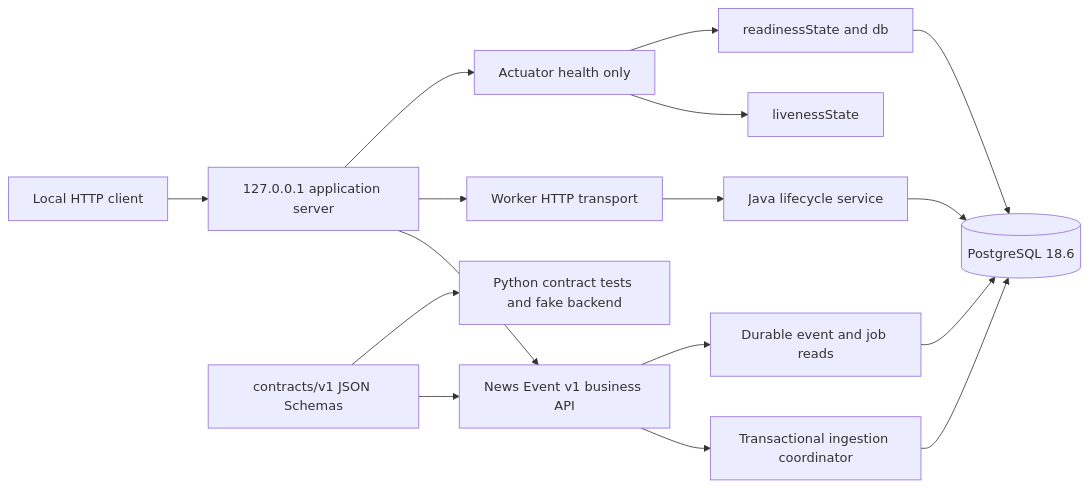
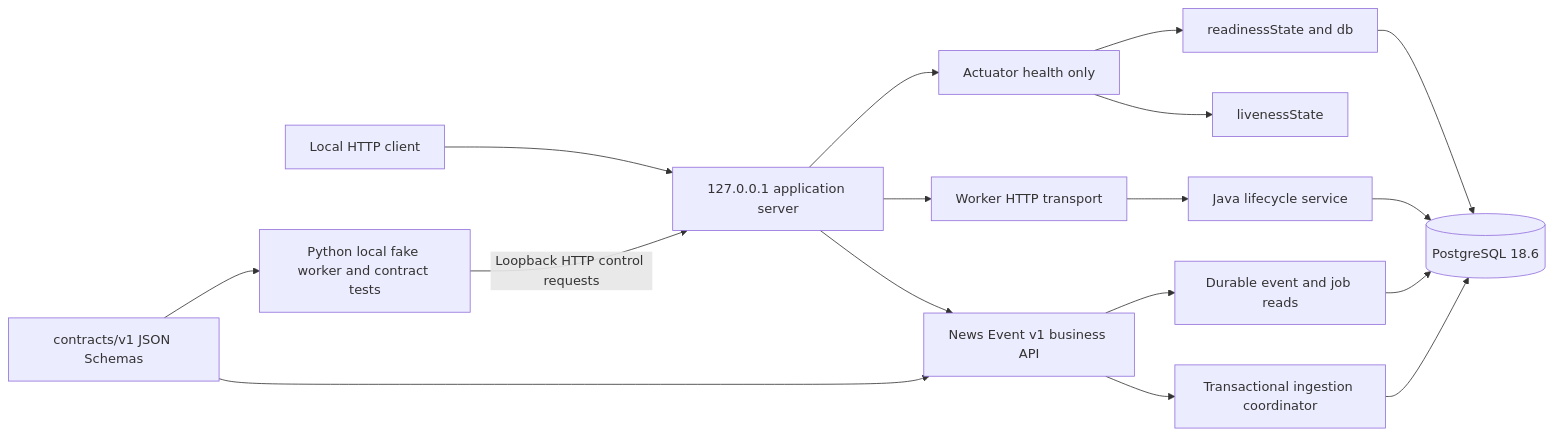
One commit to Flev05/news-swing-trader changed the diagram in docs/architecture.md. Above: the diagram before and after it, drawn with Mermaid. The commit also changed other lines of this file and 16 other files, not shown here.

Commit message:
feat: add local fake worker and end-to-end demo

````diff
--- a/docs/architecture.md
+++ b/docs/architecture.md
@@ -10,18 +11,19 @@
 ```mermaid
 flowchart LR
     Client[Local HTTP client] --> Server[127.0.0.1 application server]
     Server --> API[News Event v1 business API]
     API --> Coordinator[Transactional ingestion coordinator]
     Coordinator --> DB[(PostgreSQL 18.6)]
     API --> Reads[Durable event and job reads]
     Reads --> DB
     Server --> WorkerAPI[Worker HTTP transport]
     WorkerAPI --> Lifecycle[Java lifecycle service]
     Lifecycle --> DB
     Server --> Health[Actuator health only]
     Health --> Live[livenessState]
     Health --> Ready[readinessState and db]
     Ready --> DB
     Contracts[contracts/v1 JSON Schemas] --> API
-    Contracts --> Python[Python contract tests and fake backend]
+    Contracts --> Python[Python local fake worker and contract tests]
+    Python -->|Loopback HTTP control requests| Server
 ```
````
